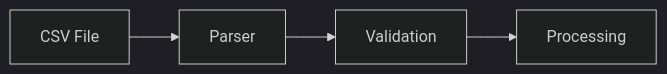
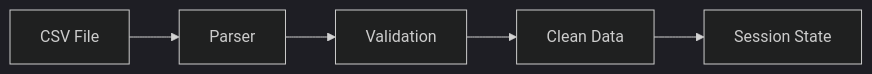
Before and after one commit to gjlp25/Finances: the first of 3 diagrams in memory-bank/techContext.md, drawn with Mermaid (dark theme). The commit also changed other lines of this file and 7 other files, not shown here.

````diff
--- a/memory-bank/techContext.md
+++ b/memory-bank/techContext.md
@@ -122,6 +143,7 @@
 ```mermaid
 flowchart LR
     CSV[CSV File] --> Parser[Parser]
     Parser --> Validation[Validation]
-    Validation --> Processing[Processing]
+    Validation --> Clean[Clean Data]
+    Clean --> Store[Session State]
 ```
````
